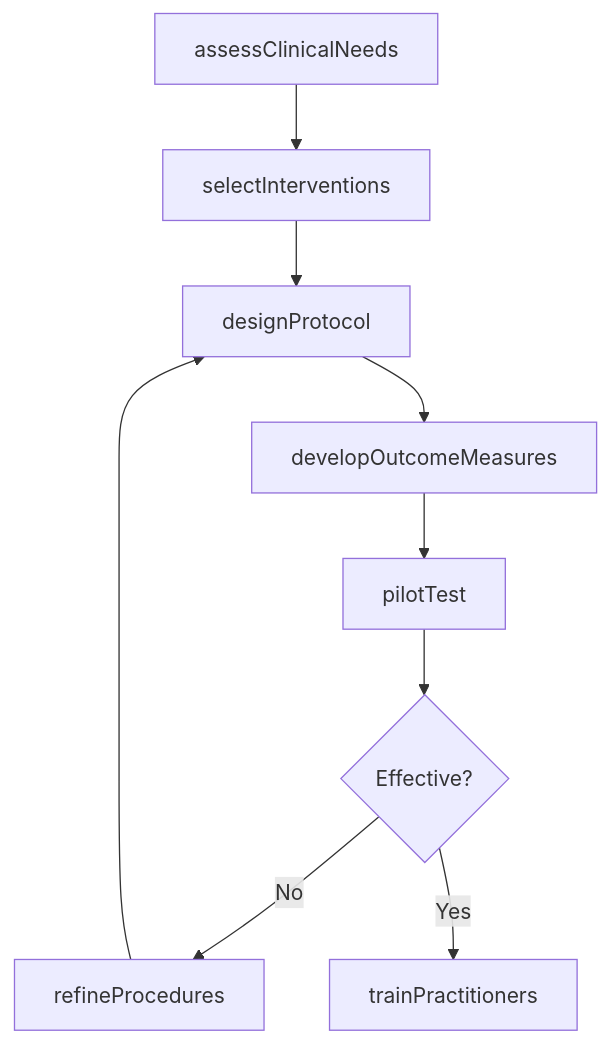
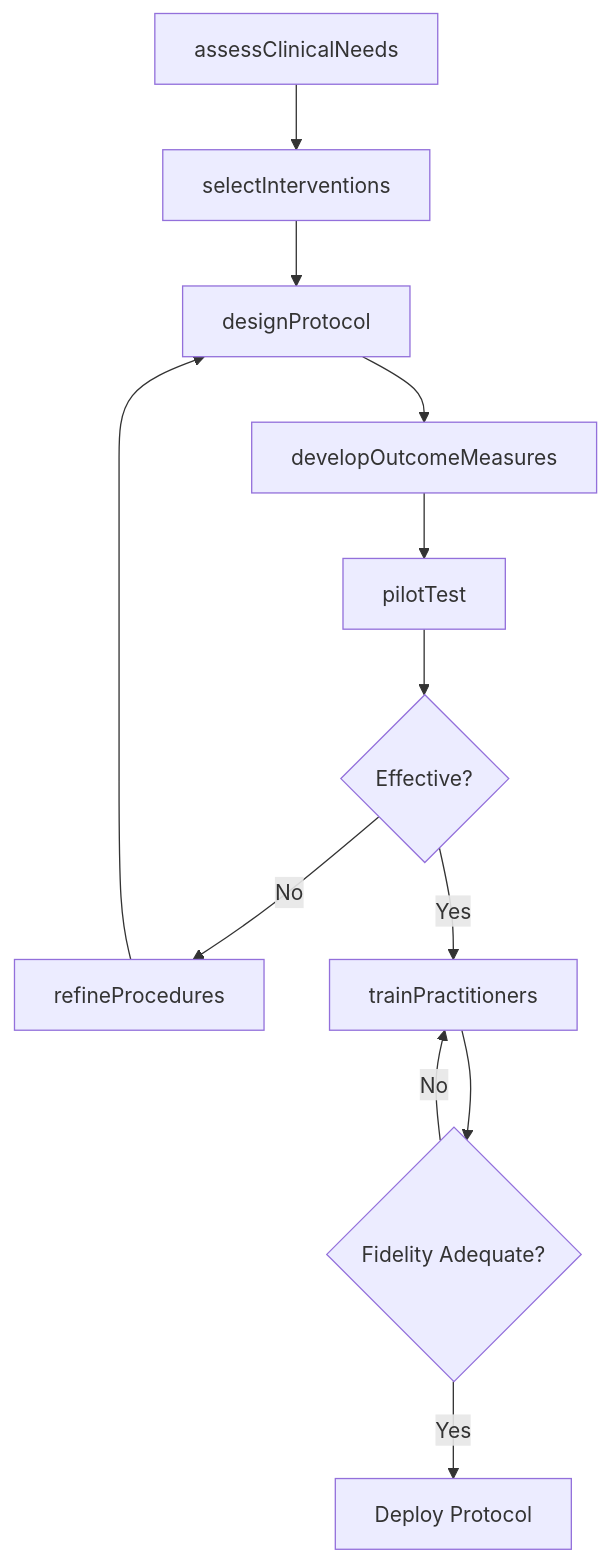
One commit to dot-org-ai/tasks.org.ai changed the third of 4 diagrams in ThinkingCreatively/DevelopEducationalProgramsPlansOrProcedures/DesignPsychologicalEducationalTreatmentProcedures.mdx. Above: the diagram before and after it, drawn with Mermaid. The commit also changed other lines of this file and 504 other files, not shown here.

First line of the commit message:
feat: Add ER diagrams, state diagrams, and workflow improvements to 96 DWA task files

````diff
--- a/ThinkingCreatively/DevelopEducationalProgramsPlansOrProcedures/DesignPsychologicalEducationalTreatmentProcedures.mdx
+++ b/ThinkingCreatively/DevelopEducationalProgramsPlansOrProcedures/DesignPsychologicalEducationalTreatmentProcedures.mdx
@@ -87,11 +117,14 @@
 ```mermaid
 graph TD
     A[assessClinicalNeeds] --> B[selectInterventions]
     B --> C[designProtocol]
     C --> D[developOutcomeMeasures]
     D --> E[pilotTest]
     E --> F{Effective?}
     F -->|No| G[refineProcedures]
     G --> C
     F -->|Yes| H[trainPractitioners]
+    H --> I{Fidelity Adequate?}
+    I -->|No| H
+    I -->|Yes| J[Deploy Protocol]
 ```
````
